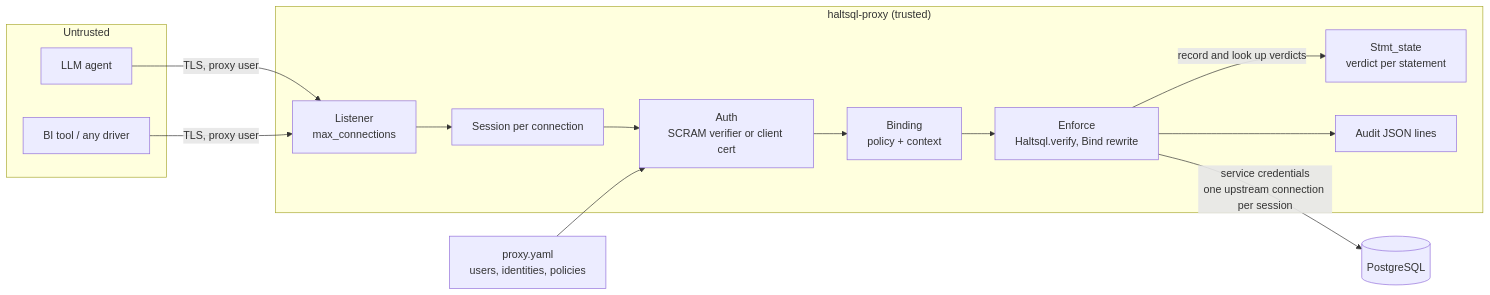
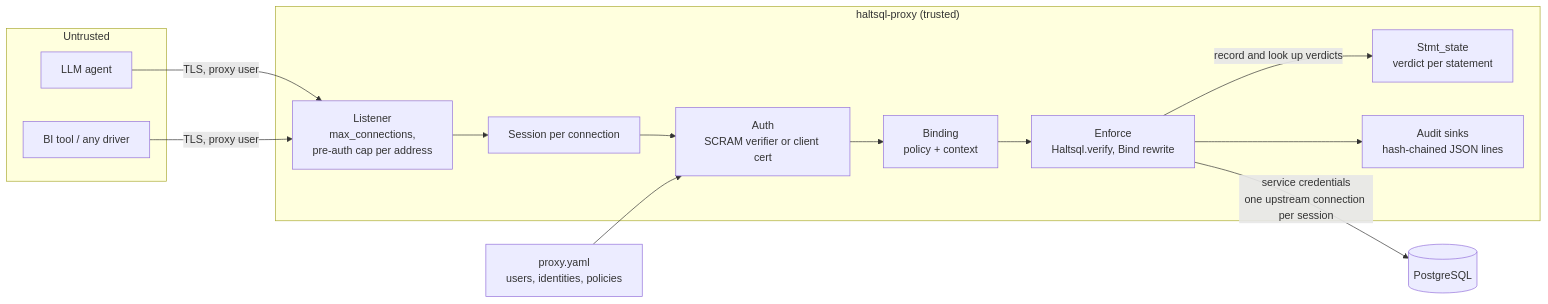
One commit to HaltSQL/HaltSQL changed the first of 5 diagrams in docs/how-it-works/proxy-internals.md. Above: the diagram before and after it, drawn with Mermaid. The commit also changed other lines of this file and 4 other files, not shown here.

````diff
--- a/docs/how-it-works/proxy-internals.md
+++ b/docs/how-it-works/proxy-internals.md
@@ -33,23 +35,23 @@
 ```mermaid
 flowchart LR
     subgraph clients["Untrusted"]
         c1["LLM agent"]
         c2["BI tool / any driver"]
     end
     subgraph px["haltsql-proxy (trusted)"]
-        lst["Listener<br/>max_connections"]
+        lst["Listener<br/>max_connections,<br/>pre-auth cap per address"]
         sess["Session per connection"]
         authn["Auth<br/>SCRAM verifier or client cert"]
         bind["Binding<br/>policy + context"]
         enf["Enforce<br/>Haltsql.verify, Bind rewrite"]
         st["Stmt_state<br/>verdict per statement"]
-        aud["Audit JSON lines"]
+        aud["Audit sinks<br/>hash-chained JSON lines"]
         lst --> sess --> authn --> bind --> enf
         enf -->|"record and look up verdicts"| st
         enf --> aud
     end
     cfg["proxy.yaml<br/>users, identities, policies"] --> authn
     c1 -->|"TLS, proxy user"| lst
     c2 -->|"TLS, proxy user"| lst
     enf -->|"service credentials<br/>one upstream connection per session"| pg[("PostgreSQL")]
 ```
````
